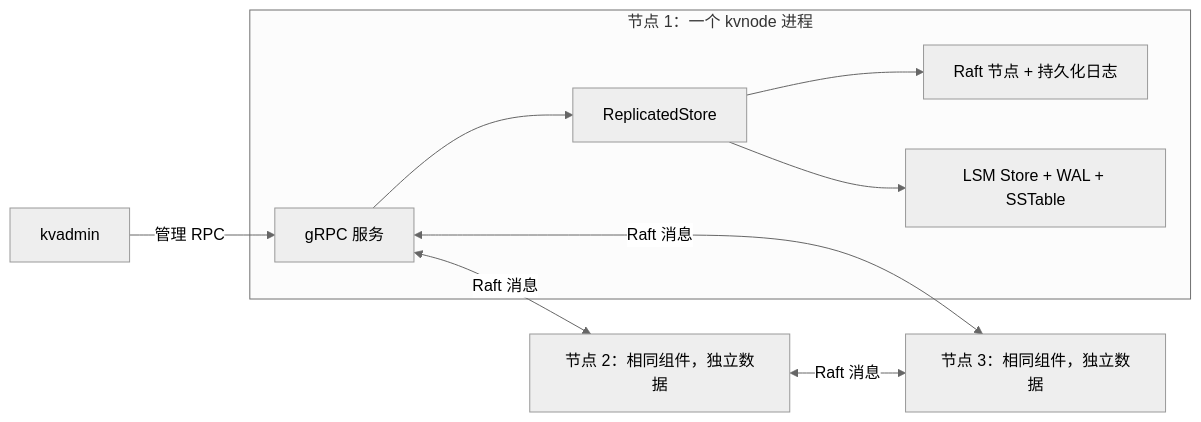
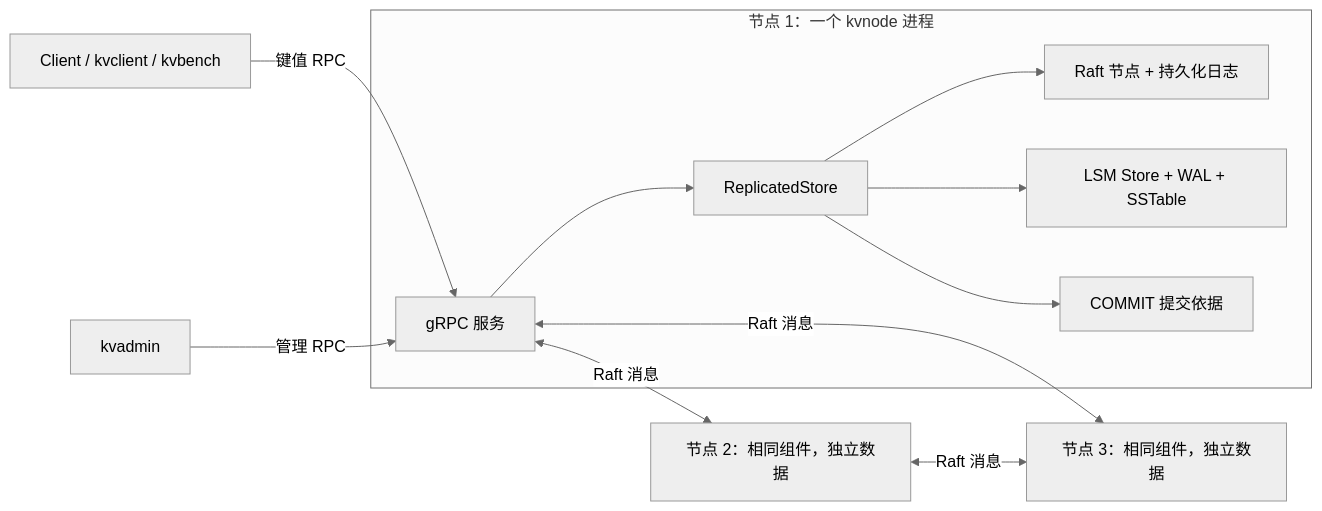
Before and after one commit to Capital-Hu/KV-Store: the diagram in README.zh-CN.md, drawn with Mermaid (neutral theme). The commit also changed other lines of this file and 6 other files, not shown here.

First line of the commit message:
Refactor project documentation and finalize architecture review

````diff
--- a/README.zh-CN.md
+++ b/README.zh-CN.md
@@ -27,12 +29,14 @@
 ```mermaid
 flowchart LR
+    Client["Client / kvclient / kvbench"] -->|键值 RPC| RPC1
     Admin["kvadmin"] -->|管理 RPC| RPC1
     subgraph Node1["节点 1：一个 kvnode 进程"]
         RPC1["gRPC 服务"] --> Replica["ReplicatedStore"]
         Replica --> Raft["Raft 节点 + 持久化日志"]
         Replica --> Store["LSM Store + WAL + SSTable"]
+        Replica --> Commit["COMMIT 提交依据"]
     end
     RPC1 <-->|Raft 消息| Node2["节点 2：相同组件，独立数据"]
     RPC1 <-->|Raft 消息| Node3["节点 3：相同组件，独立数据"]
     Node2 <-->|Raft 消息| Node3
 ```
````
